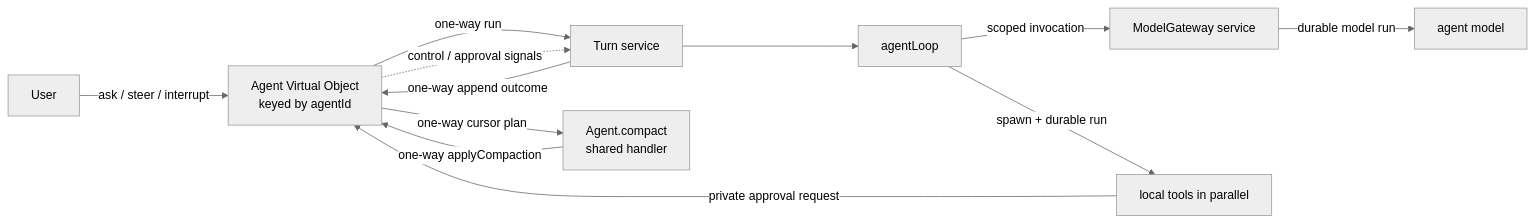
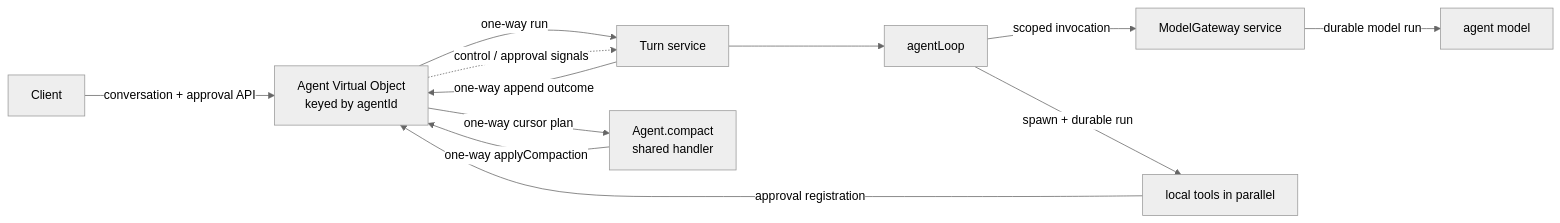
The diagram in README.md (restatedev/agent), drawn with Mermaid (neutral theme) before and after one commit. The commit also changed other lines of this file and 1 other file, not shown here.

````diff
--- a/README.md
+++ b/README.md
@@ -7,14 +7,14 @@
 ```mermaid
 flowchart LR
-  User -->|"ask / steer / interrupt"| Agent["Agent Virtual Object\nkeyed by agentId"]
+  Client -->|"conversation + approval API"| Agent["Agent Virtual Object\nkeyed by agentId"]
   Agent -->|"one-way run"| Turn["Turn service"]
   Agent -.->|"control / approval signals"| Turn
   Turn --> Loop["agentLoop"]
   Loop -->|"scoped invocation"| Gateway["ModelGateway service"]
   Gateway -->|"durable model run"| Model["agent model"]
   Loop -->|"spawn + durable run"| Tools["local tools in parallel"]
-  Tools -->|"private approval request"| Agent
+  Tools -->|"approval registration"| Agent
   Turn -->|"one-way append outcome"| Agent
   Agent -->|"one-way cursor plan"| Compactor["Agent.compact\nshared handler"]
   Compactor -->|"one-way applyCompaction"| Agent
 ```
````
